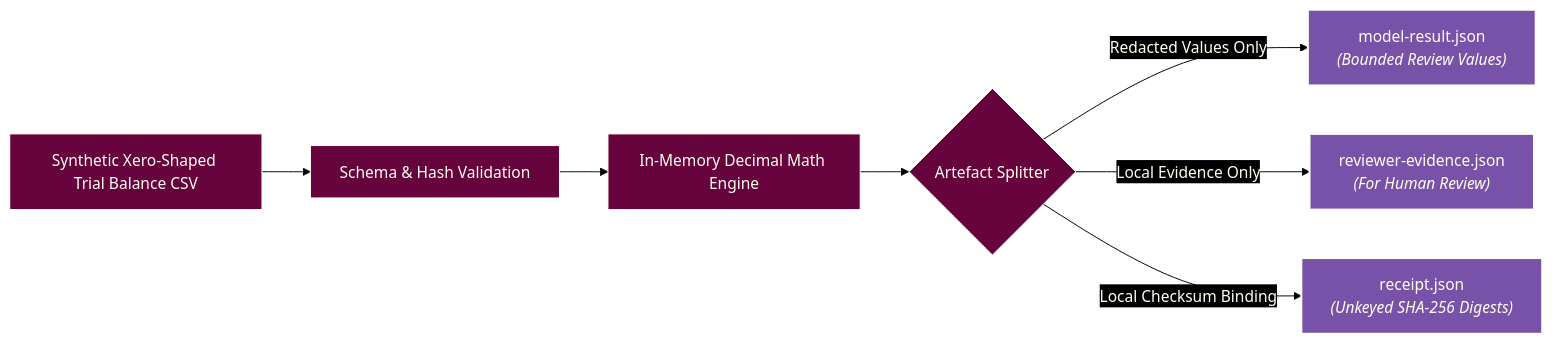
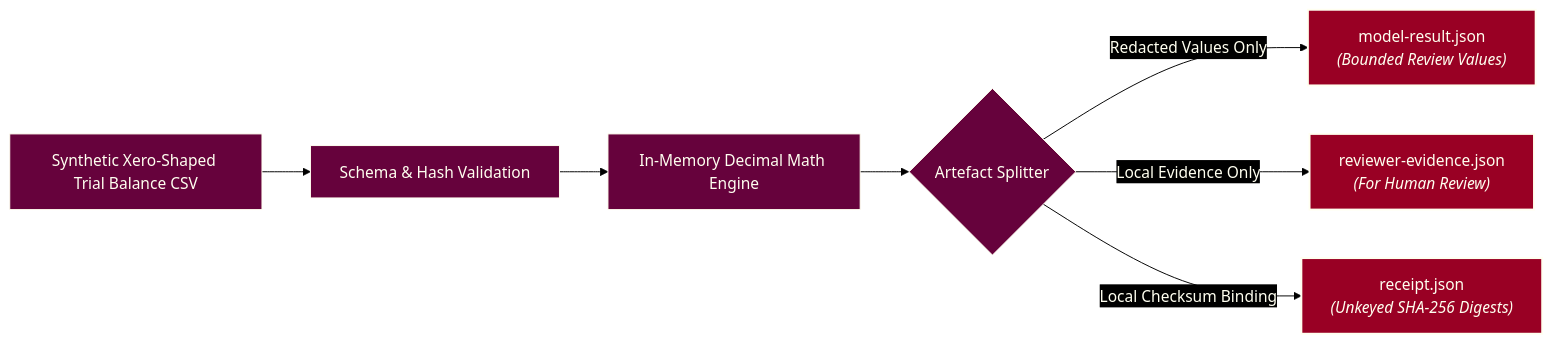
One commit to ryanduguid/accounting-review-pipeline changed the diagram in packages/elizabeth-anne-alexander/DATA-FLOW.md. Above: the diagram before and after it, drawn with Mermaid. The commit also changed 4 other files, not shown here.

First line of the commit message:
docs: match Mermaid accents to website palette (#335)

````diff
--- a/packages/elizabeth-anne-alexander/DATA-FLOW.md
+++ b/packages/elizabeth-anne-alexander/DATA-FLOW.md
@@ -16,14 +16,14 @@
 ```mermaid
 flowchart LR
 %%{init: {"theme": "base", "look": "classic", "themeVariables": {"background": "#000000", "primaryColor": "#66023C", "primaryTextColor": "#FFFFF0", "primaryBorderColor": "#FFFFF0", "lineColor": "#000000", "textColor": "#FFFFF0", "edgeLabelBackground": "#000000", "clusterBkg": "#000000", "clusterBorder": "#FFFFF0", "titleColor": "#FFFFF0"}, "themeCSS": ".flowchart-link, .relationshipLine, marker path { filter: drop-shadow(0px 1px 0px #FFFFF0) drop-shadow(0px -1px 0px #FFFFF0) drop-shadow(1px 0px 0px #FFFFF0) drop-shadow(-1px 0px 0px #FFFFF0); }"}}%%
     Source["Synthetic Xero-Shaped Trial Balance CSV"] --> Ingestion["Schema & Hash Validation"]
     Ingestion --> Sandbox["In-Memory Decimal Math Engine"]
     Sandbox --> Split{"Artefact Splitter"}
     
     Split -->|Redacted Values Only| ModelArtifact["model-result.json<br/><i>(Bounded Review Values)</i>"]
     Split -->|Local Evidence Only| HumanArtifact["reviewer-evidence.json<br/><i>(For Human Review)</i>"]
     Split -->|Local Checksum Binding| Receipt["receipt.json<br/><i>(Unkeyed SHA-256 Digests)</i>"]
-    style ModelArtifact fill:#7851A9,stroke:#FFFFF0,stroke-width:2px,color:#FFFFF0
-    style HumanArtifact fill:#7851A9,stroke:#FFFFF0,stroke-width:2px,color:#FFFFF0
-    style Receipt fill:#7851A9,stroke:#FFFFF0,stroke-width:2px,color:#FFFFF0
+    style ModelArtifact fill:#990024,stroke:#FFFFF0,stroke-width:2px,color:#FFFFF0
+    style HumanArtifact fill:#990024,stroke:#FFFFF0,stroke-width:2px,color:#FFFFF0
+    style Receipt fill:#990024,stroke:#FFFFF0,stroke-width:2px,color:#FFFFF0
 ```
````
